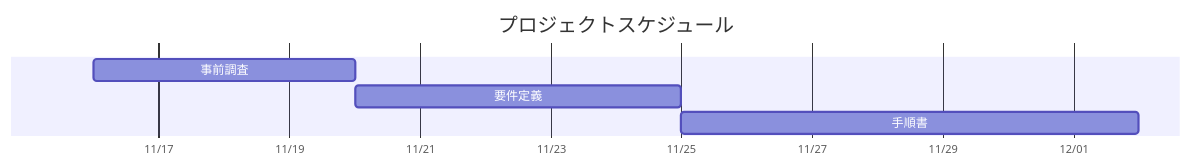
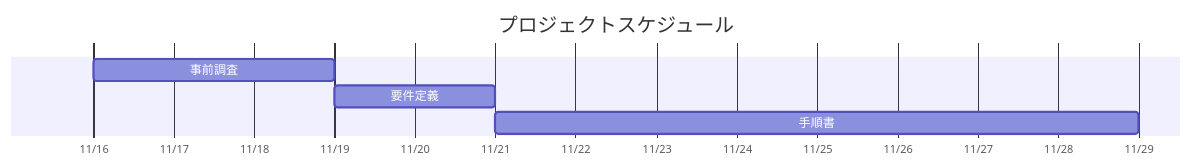
Before and after one commit to hip-systrain/doc-ESP32_WROOM_32E: the diagram in 01_req/ESP32-WROOM-32E要件定義書v.1.0.md, drawn with Mermaid. The commit also changed other lines of this file, not shown here.

Commit message:
#4433_mod_要件定義4章の修正

````diff
--- a/01_req/ESP32-WROOM-32E要件定義書v.1.0.md
+++ b/01_req/ESP32-WROOM-32E要件定義書v.1.0.md
@@ -93,10 +93,10 @@
 ```mermaid
 gantt
     title プロジェクトスケジュール
     dateFormat  YYYY-MM-DD
     axisFormat %m/%d
     
-    事前調査       :a1, 2026-11-16, 4d
-    要件定義       :a2, after a1, 5d
-    手順書       :a3, after a2, 7d
+    事前調査       :a1, 2026-11-16, 3d
+    要件定義       :a2, after a1, 2d
+    手順書       :a3, after a2, 8d
 ```
````
